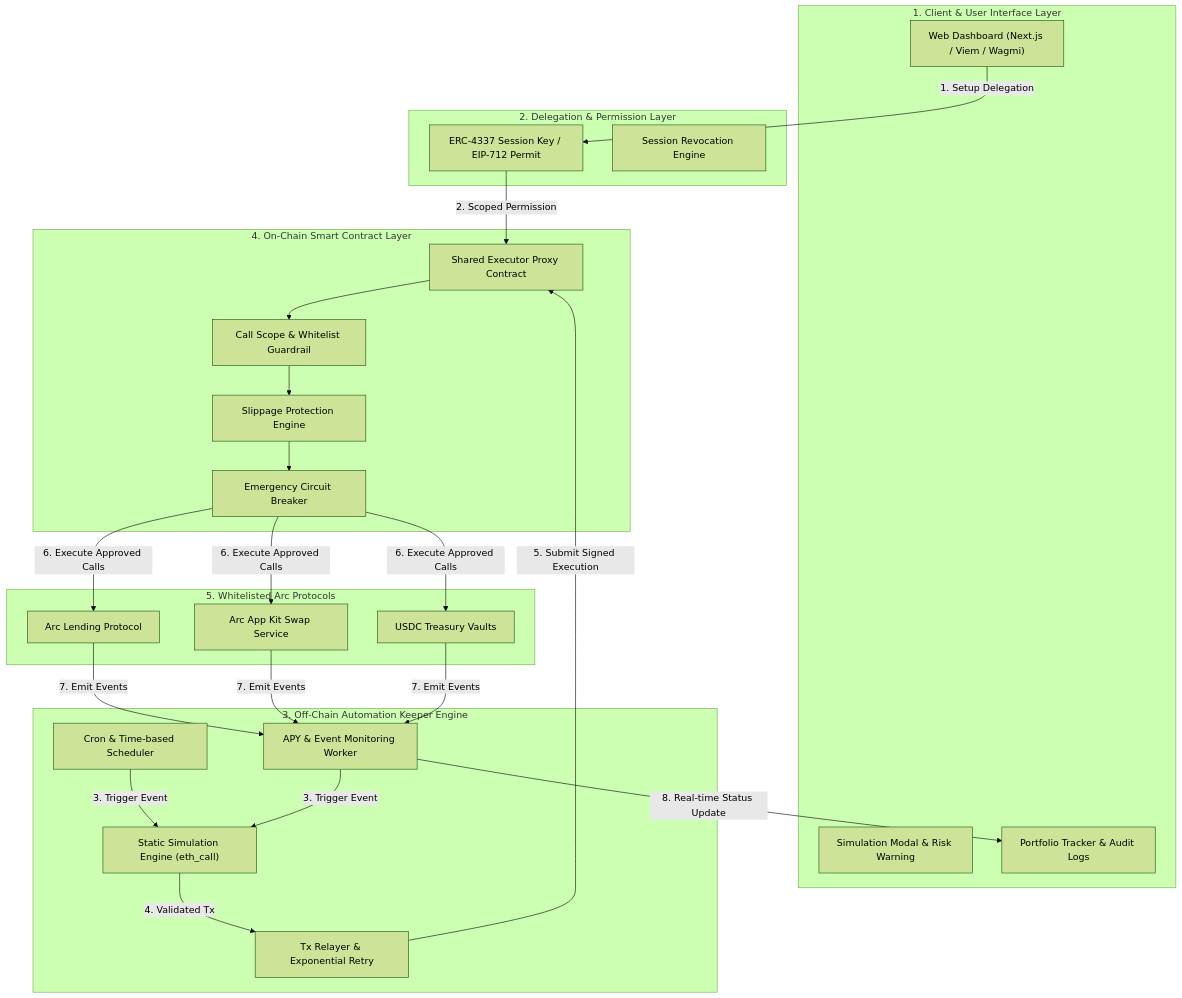
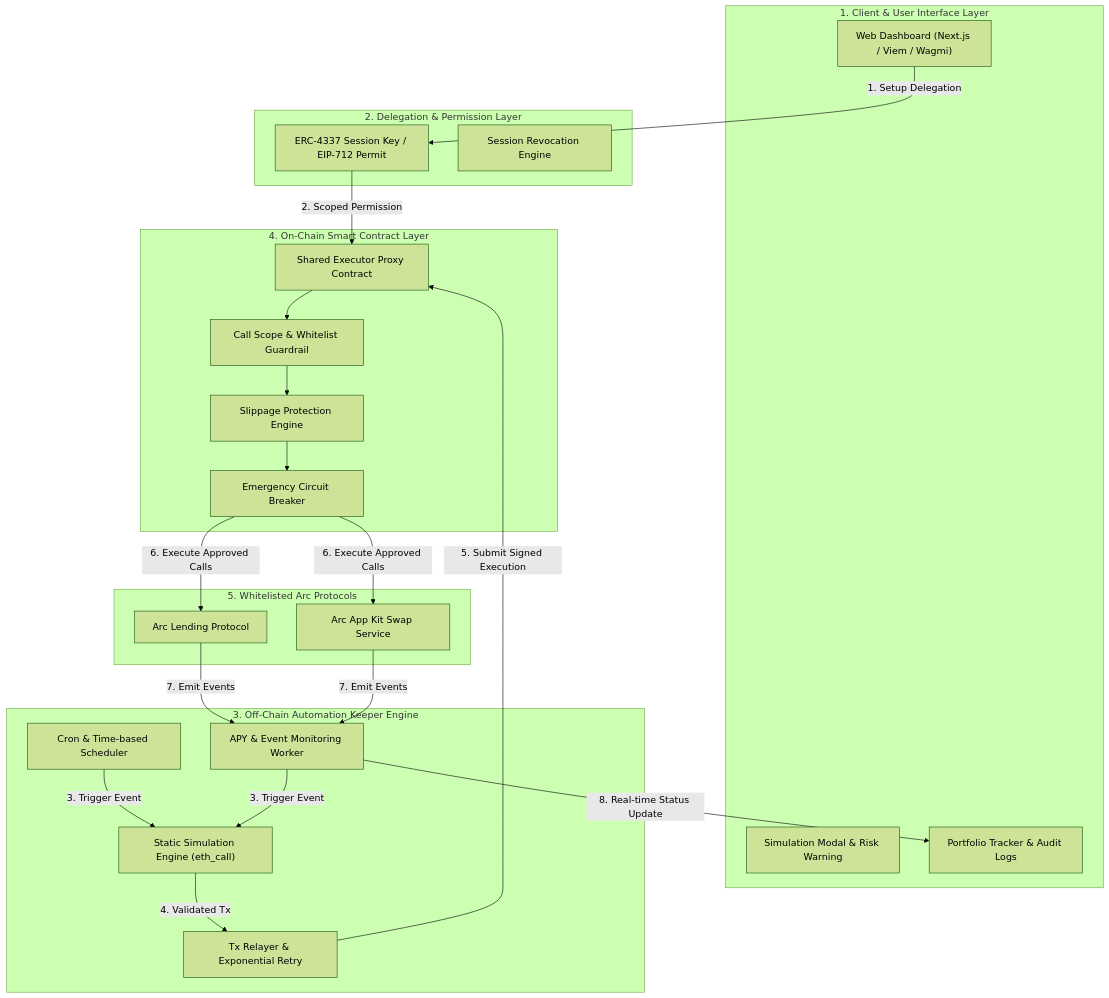
One commit to levantuy/DeFiRecipesonArc changed the first of 4 diagrams in docs/features-spec.md. Above: the diagram before and after it, drawn with Mermaid (forest theme). The commit also changed other lines of this file and 37 other files, not shown here.

````diff
--- a/docs/features-spec.md
+++ b/docs/features-spec.md
@@ -35,45 +35,44 @@
 ```mermaid
 graph TD
     subgraph ClientLayer ["1. Client & User Interface Layer"]
         UI["Web Dashboard (Next.js / Viem / Wagmi)"]
         SIM_UI["Simulation Modal & Risk Warning"]
         DASH["Portfolio Tracker & Audit Logs"]
     end
 
     subgraph AuthLayer ["2. Delegation & Permission Layer"]
         SK["ERC-4337 Session Key / EIP-712 Permit"]
         REVOCATION["Session Revocation Engine"]
     end
 
     subgraph OffChainLayer ["3. Off-Chain Automation Keeper Engine"]
         CRON["Cron & Time-based Scheduler"]
         MONITOR["APY & Event Monitoring Worker"]
         SIM_ENG["Static Simulation Engine (eth_call)"]
         RELAYER["Tx Relayer & Exponential Retry"]
     end
 
     subgraph OnChainLayer ["4. On-Chain Smart Contract Layer"]
         EXECUTOR["Shared Executor Proxy Contract"]
         GUARD["Call Scope & Whitelist Guardrail"]
         SLIPPAGE["Slippage Protection Engine"]
         PAUSE["Emergency Circuit Breaker"]
     end
 
     subgraph ProtocolLayer ["5. Whitelisted Arc Protocols"]
         LENDING["Arc Lending Protocol"]
       SWAP["Arc App Kit Swap Service"]
-        VAULT["USDC Treasury Vaults"]
     end
 
     UI -->|1. Setup Delegation| SK
     SK -->|2. Scoped Permission| EXECUTOR
     CRON & MONITOR -->|3. Trigger Event| SIM_ENG
     SIM_ENG -->|4. Validated Tx| RELAYER
     RELAYER -->|5. Submit Signed Execution| EXECUTOR
     EXECUTOR --> GUARD
     GUARD --> SLIPPAGE
     SLIPPAGE --> PAUSE
-    PAUSE -->|6. Execute Approved Calls| LENDING & SWAP & VAULT
-    LENDING & SWAP & VAULT -->|7. Emit Events| MONITOR
+    PAUSE -->|6. Execute Approved Calls| LENDING & SWAP
+    LENDING & SWAP -->|7. Emit Events| MONITOR
     MONITOR -->|8. Real-time Status Update| DASH
 ```
````
